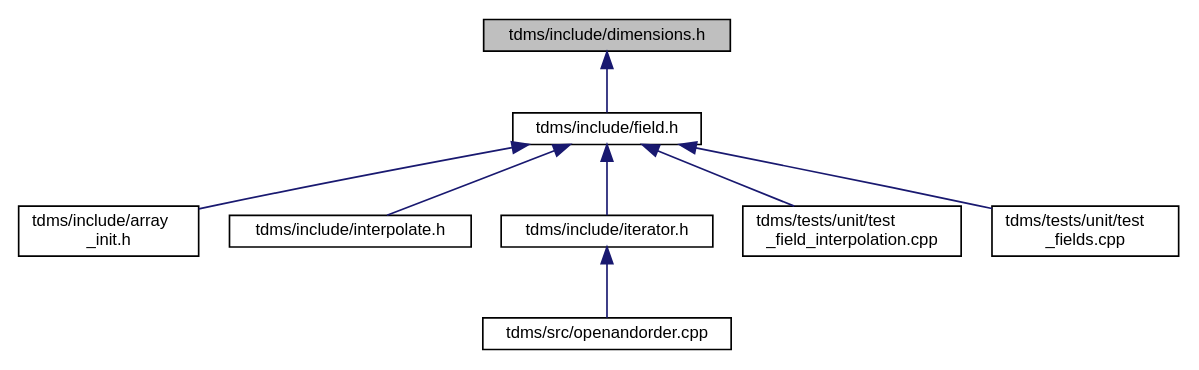
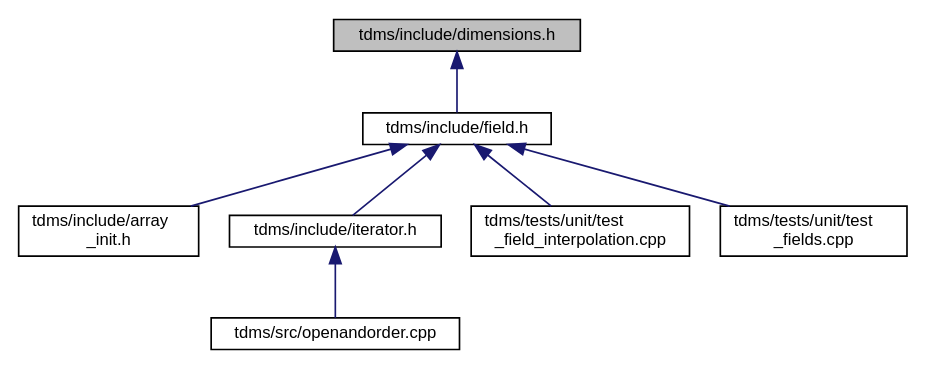
The diagram in dimensions_8h__dep__incl.dot (UCL/TDMS), drawn with Graphviz before and after one commit. The commit also changed 113 other files, not shown here.

```diff
--- a/dimensions_8h__dep__incl.dot
+++ b/dimensions_8h__dep__incl.dot
@@ -1,21 +1,19 @@
 digraph "tdms/include/dimensions.h"
 {
  // LATEX_PDF_SIZE
   edge [fontname="Helvetica",fontsize="10",labelfontname="Helvetica",labelfontsize="10"];
   node [fontname="Helvetica",fontsize="10",shape=record];
   Node1 [label="tdms/include/dimensions.h",height=0.2,width=0.4,color="black", fillcolor="grey75", style="filled", fontcolor="black",tooltip=" "];
   Node1 -> Node2 [dir="back",color="midnightblue",fontsize="10",style="solid",fontname="Helvetica"];
   Node2 [label="tdms/include/field.h",height=0.2,width=0.4,color="black", fillcolor="white", style="filled",URL="$field_8h.html",tooltip="Classes for the electric and magnetic (split) fields on a grid."];
   Node2 -> Node3 [dir="back",color="midnightblue",fontsize="10",style="solid",fontname="Helvetica"];
   Node3 [label="tdms/include/array\l_init.h",height=0.2,width=0.4,color="black", fillcolor="white", style="filled",URL="$array__init_8h.html",tooltip="A collection of functions for array initialisation given MATLAB pointers."];
   Node2 -> Node4 [dir="back",color="midnightblue",fontsize="10",style="solid",fontname="Helvetica"];
-  Node4 [label="tdms/include/interpolate.h",height=0.2,width=0.4,color="black", fillcolor="white", style="filled",URL="$interpolate_8h.html",tooltip="Interpolation of field values within FDTD grid."];
-  Node2 -> Node5 [dir="back",color="midnightblue",fontsize="10",style="solid",fontname="Helvetica"];
-  Node5 [label="tdms/include/iterator.h",height=0.2,width=0.4,color="black", fillcolor="white", style="filled",URL="$iterator_8h.html",tooltip="The main time propogation algorithm."];
-  Node5 -> Node6 [dir="back",color="midnightblue",fontsize="10",style="solid",fontname="Helvetica"];
-  Node6 [label="tdms/src/openandorder.cpp",height=0.2,width=0.4,color="black", fillcolor="white", style="filled",URL="$openandorder_8cpp.html",tooltip="Launch and file IO."];
+  Node4 [label="tdms/include/iterator.h",height=0.2,width=0.4,color="black", fillcolor="white", style="filled",URL="$iterator_8h.html",tooltip="The main time propogation algorithm."];
+  Node4 -> Node5 [dir="back",color="midnightblue",fontsize="10",style="solid",fontname="Helvetica"];
+  Node5 [label="tdms/src/openandorder.cpp",height=0.2,width=0.4,color="black", fillcolor="white", style="filled",URL="$openandorder_8cpp.html",tooltip="Launch and file IO."];
+  Node2 -> Node6 [dir="back",color="midnightblue",fontsize="10",style="solid",fontname="Helvetica"];
+  Node6 [label="tdms/tests/unit/test\l_field_interpolation.cpp",height=0.2,width=0.4,color="black", fillcolor="white", style="filled",URL="$test__field__interpolation_8cpp.html",tooltip="Tests interpolation of E- and H-fields and compares the errors against MATLAB benchmarks."];
   Node2 -> Node7 [dir="back",color="midnightblue",fontsize="10",style="solid",fontname="Helvetica"];
-  Node7 [label="tdms/tests/unit/test\l_field_interpolation.cpp",height=0.2,width=0.4,color="black", fillcolor="white", style="filled",URL="$test__field__interpolation_8cpp.html",tooltip="Tests interpolation of E- and H-fields and compares the errors against MATLAB benchmarks."];
-  Node2 -> Node8 [dir="back",color="midnightblue",fontsize="10",style="solid",fontname="Helvetica"];
-  Node8 [label="tdms/tests/unit/test\l_fields.cpp",height=0.2,width=0.4,color="black", fillcolor="white", style="filled",URL="$test__fields_8cpp.html",tooltip="Test of the Field class and subclasses."];
+  Node7 [label="tdms/tests/unit/test\l_fields.cpp",height=0.2,width=0.4,color="black", fillcolor="white", style="filled",URL="$test__fields_8cpp.html",tooltip="Test of the Field class and subclasses."];
 }
```
